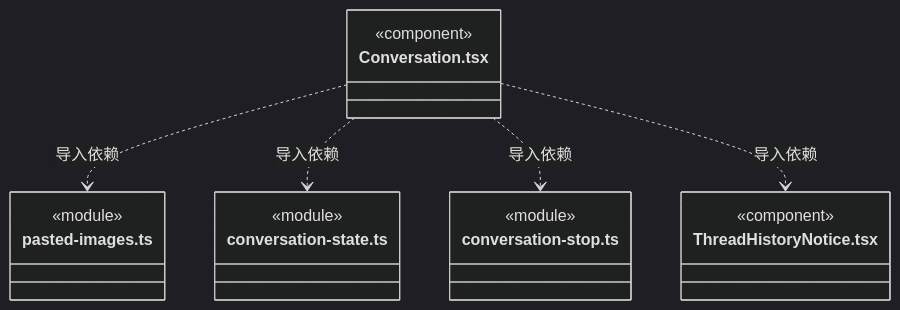
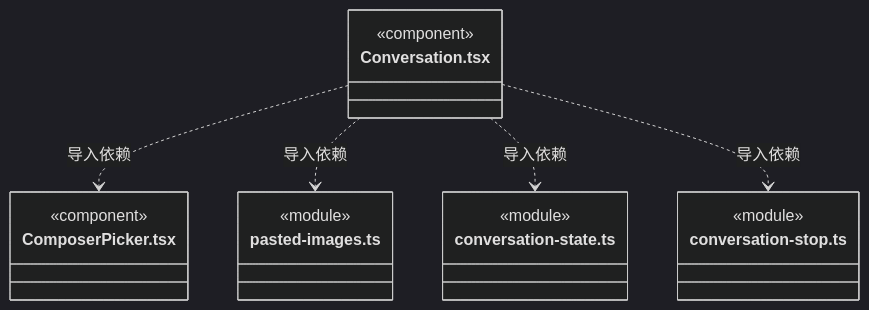
One commit to nan023062/cbim changed diagram 47 of 53 in src/view/conversation/ARCHITECTURE.md. Above: the diagram before and after it, drawn with Mermaid (dark theme). The commit also changed other lines of this file and 37 other files, not shown here.

Commit message:
feat: manage engines in conversation picker (#95)

````diff
--- a/src/view/conversation/ARCHITECTURE.md
+++ b/src/view/conversation/ARCHITECTURE.md
@@ -692,22 +715,22 @@
 ```mermaid
 classDiagram
 class N_src_view_conversation_Conversation_tsx["Conversation.tsx"] {
+  <<component>>
+}
+class N_src_view_conversation_ComposerPicker_tsx["ComposerPicker.tsx"] {
   <<component>>
 }
 class N_src_view_conversation_pasted_images_ts["pasted-images.ts"] {
   <<module>>
 }
 class N_src_view_conversation_conversation_state_ts["conversation-state.ts"] {
   <<module>>
 }
 class N_src_view_conversation_conversation_stop_ts["conversation-stop.ts"] {
   <<module>>
 }
-class N_src_view_conversation_ThreadHistoryNotice_tsx["ThreadHistoryNotice.tsx"] {
-  <<component>>
-}
+N_src_view_conversation_Conversation_tsx ..> N_src_view_conversation_ComposerPicker_tsx : 导入依赖
 N_src_view_conversation_Conversation_tsx ..> N_src_view_conversation_pasted_images_ts : 导入依赖
 N_src_view_conversation_Conversation_tsx ..> N_src_view_conversation_conversation_state_ts : 导入依赖
 N_src_view_conversation_Conversation_tsx ..> N_src_view_conversation_conversation_stop_ts : 导入依赖
-N_src_view_conversation_Conversation_tsx ..> N_src_view_conversation_ThreadHistoryNotice_tsx : 导入依赖
 ```
````
